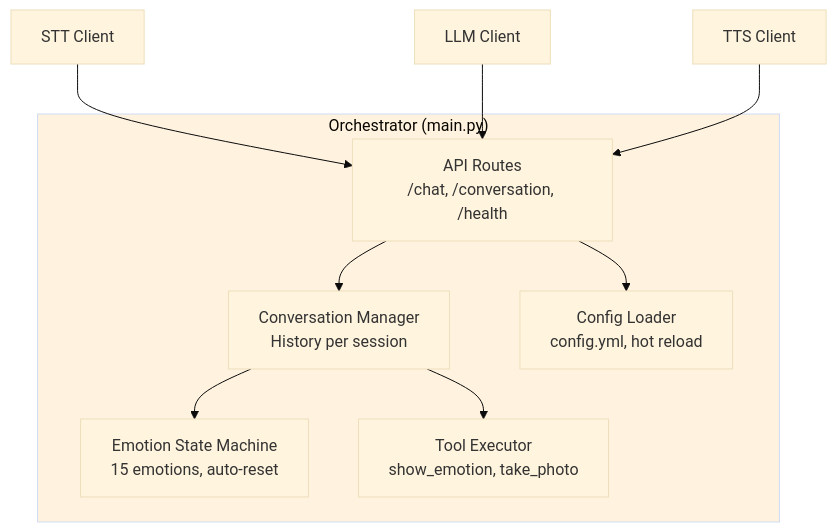
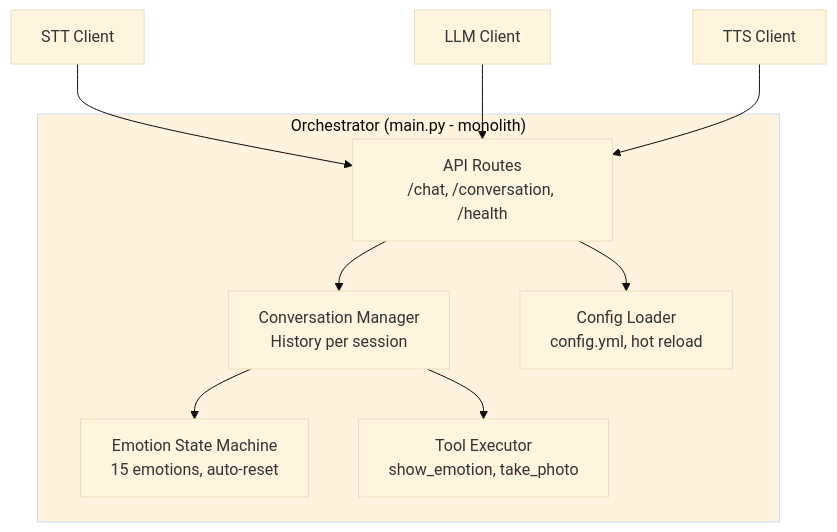
The fifth of 6 diagrams in ARCHITECTURE.md (nerdpudding/nerdcarx), drawn with Mermaid (base theme) before and after one commit. The commit also changed other lines of this file and 45 other files, not shown here.

````diff
--- a/ARCHITECTURE.md
+++ b/ARCHITECTURE.md
@@ -384,21 +441,21 @@
 ```mermaid
 flowchart TB
-    subgraph orch["Orchestrator (main.py)"]
+    subgraph orch["Orchestrator (main.py - monolith)"]
         api[API Routes<br/>/chat, /conversation, /health]
         conv[Conversation Manager<br/>History per session]
         emotion[Emotion State Machine<br/>15 emotions, auto-reset]
         tools[Tool Executor<br/>show_emotion, take_photo]
         config[Config Loader<br/>config.yml, hot reload]
 
         api --> conv
         conv --> emotion
         conv --> tools
         api --> config
     end
 
     stt_client[STT Client] --> api
     llm_client[LLM Client] --> api
     tts_client[TTS Client] --> api
 
     style orch fill:#fff3e0
 ```
````
